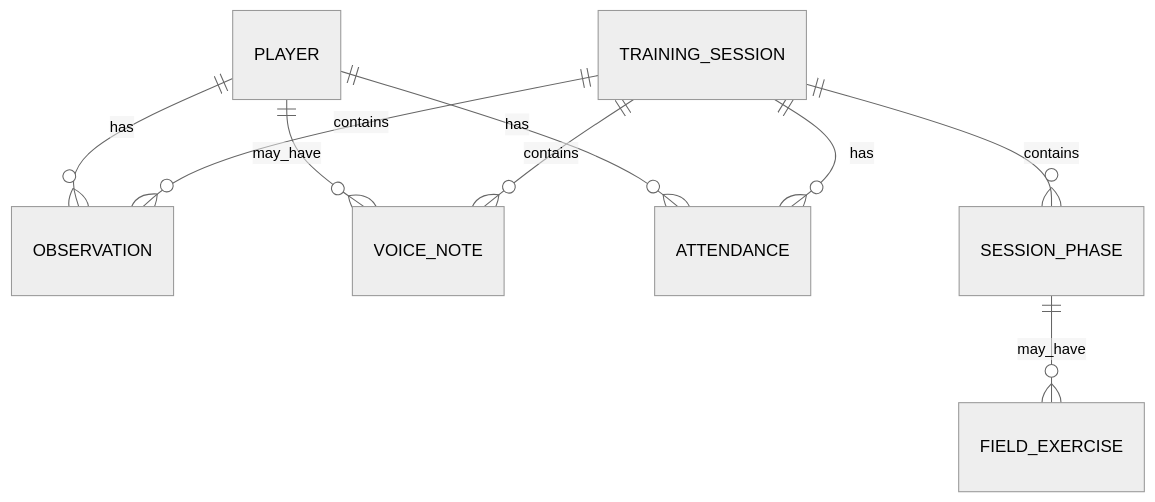
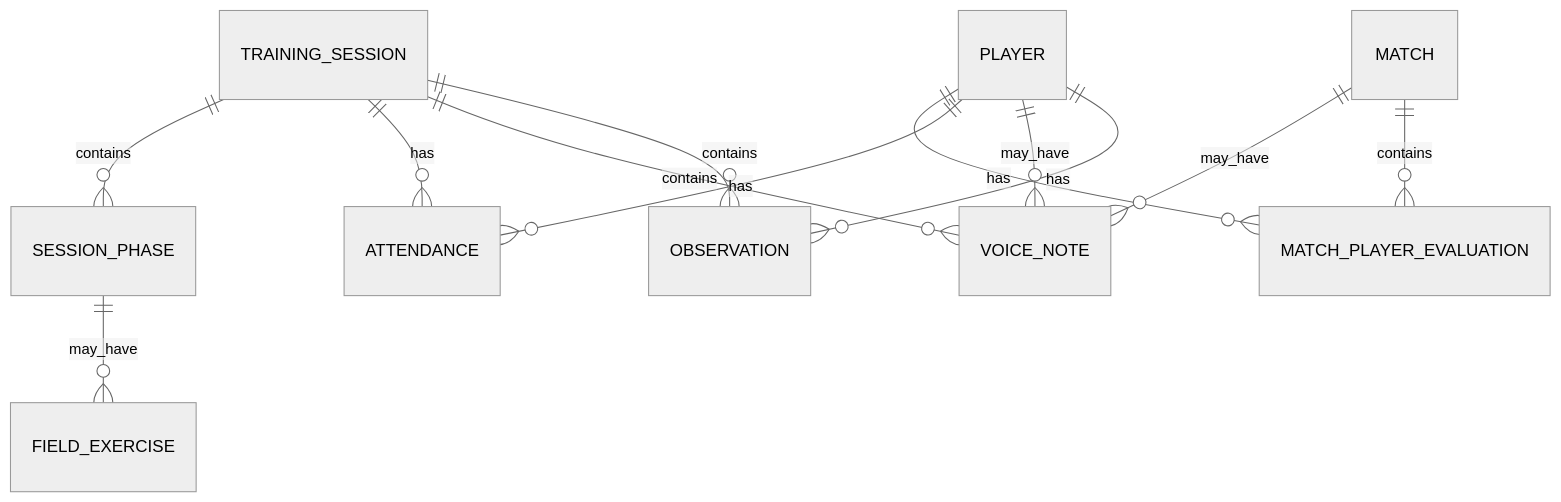
Before and after one commit to Alexpagliasso/coach-field: the diagram in docs/03-data-model.md, drawn with Mermaid (neutral theme). The commit also changed other lines of this file and 25 other files, not shown here.

````diff
--- a/docs/03-data-model.md
+++ b/docs/03-data-model.md
@@ -18,11 +20,14 @@
 ```mermaid
 erDiagram
     PLAYER ||--o{ OBSERVATION : has
     PLAYER ||--o{ VOICE_NOTE : may_have
     PLAYER ||--o{ ATTENDANCE : has
+    PLAYER ||--o{ MATCH_PLAYER_EVALUATION : has
+    MATCH ||--o{ MATCH_PLAYER_EVALUATION : contains
+    MATCH ||--o{ VOICE_NOTE : may_have
     TRAINING_SESSION ||--o{ OBSERVATION : contains
     TRAINING_SESSION ||--o{ VOICE_NOTE : contains
     TRAINING_SESSION ||--o{ ATTENDANCE : has
     TRAINING_SESSION ||--o{ SESSION_PHASE : contains
     SESSION_PHASE ||--o{ FIELD_EXERCISE : may_have
 ```
````
